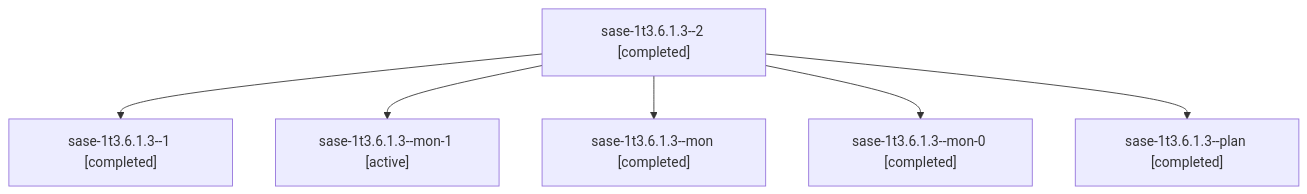
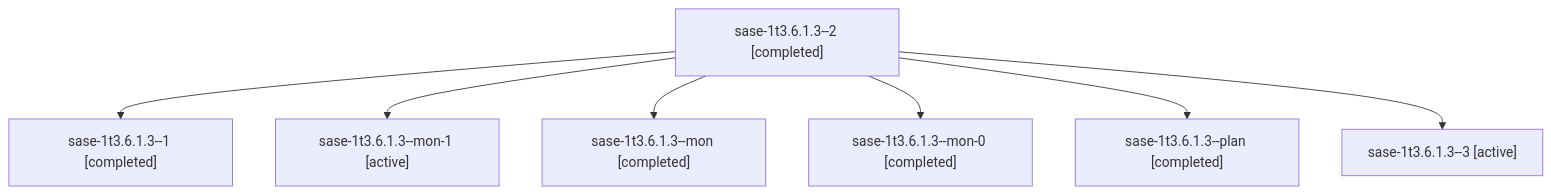
Before and after one commit to sase-org/sase--agents: the diagram in sessions/bbugyi200.athena.sase-1t3.6.1.3.md, drawn with Mermaid. The commit also changed other lines of this file and 81 other files, not shown here.

````diff
--- a/sessions/bbugyi200.athena.sase-1t3.6.1.3.md
+++ b/sessions/bbugyi200.athena.sase-1t3.6.1.3.md
@@ -9,14 +9,16 @@
 ```mermaid
 flowchart TD
   n0["sase-1t3.6.1.3--2 [completed]"]
   n1["sase-1t3.6.1.3--1 [completed]"]
   n0 --> n1
   n2["sase-1t3.6.1.3--mon-1 [active]"]
   n0 --> n2
   n3["sase-1t3.6.1.3--mon [completed]"]
   n0 --> n3
   n4["sase-1t3.6.1.3--mon-0 [completed]"]
   n0 --> n4
   n5["sase-1t3.6.1.3--plan [completed]"]
   n0 --> n5
+  n6["sase-1t3.6.1.3--3 [active]"]
+  n0 --> n6
 ```
````
